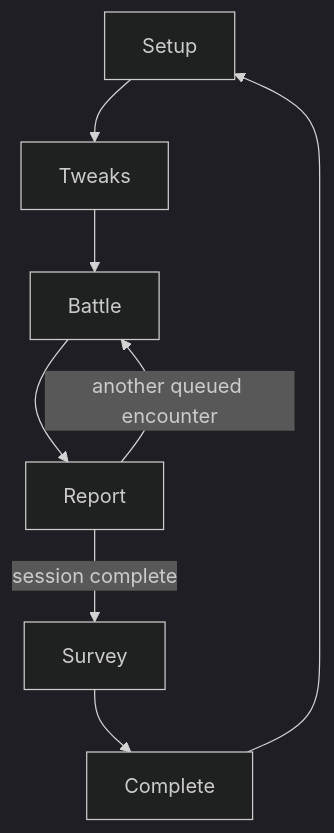
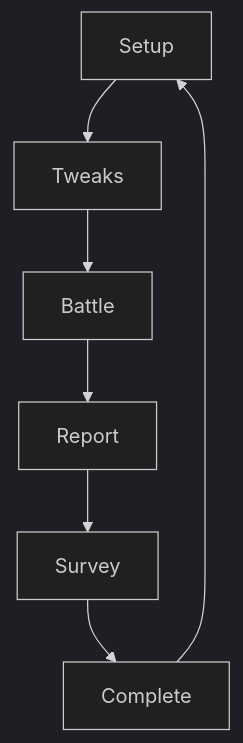
One commit to akiortagem/new-trpg changed the first of 2 diagrams in apps/combat-solo-tester/SPEC.md. Above: the diagram before and after it, drawn with Mermaid (dark theme). The commit also changed other lines of this file and 4 other files, not shown here.

````diff
--- a/apps/combat-solo-tester/SPEC.md
+++ b/apps/combat-solo-tester/SPEC.md
@@ -49,10 +49,9 @@
 ```mermaid
 flowchart TD
     Setup --> Tweaks
     Tweaks --> Battle
     Battle --> Report
-    Report -->|another queued encounter| Battle
-    Report -->|session complete| Survey
+    Report --> Survey
     Survey --> Complete
     Complete --> Setup
 ```
````
